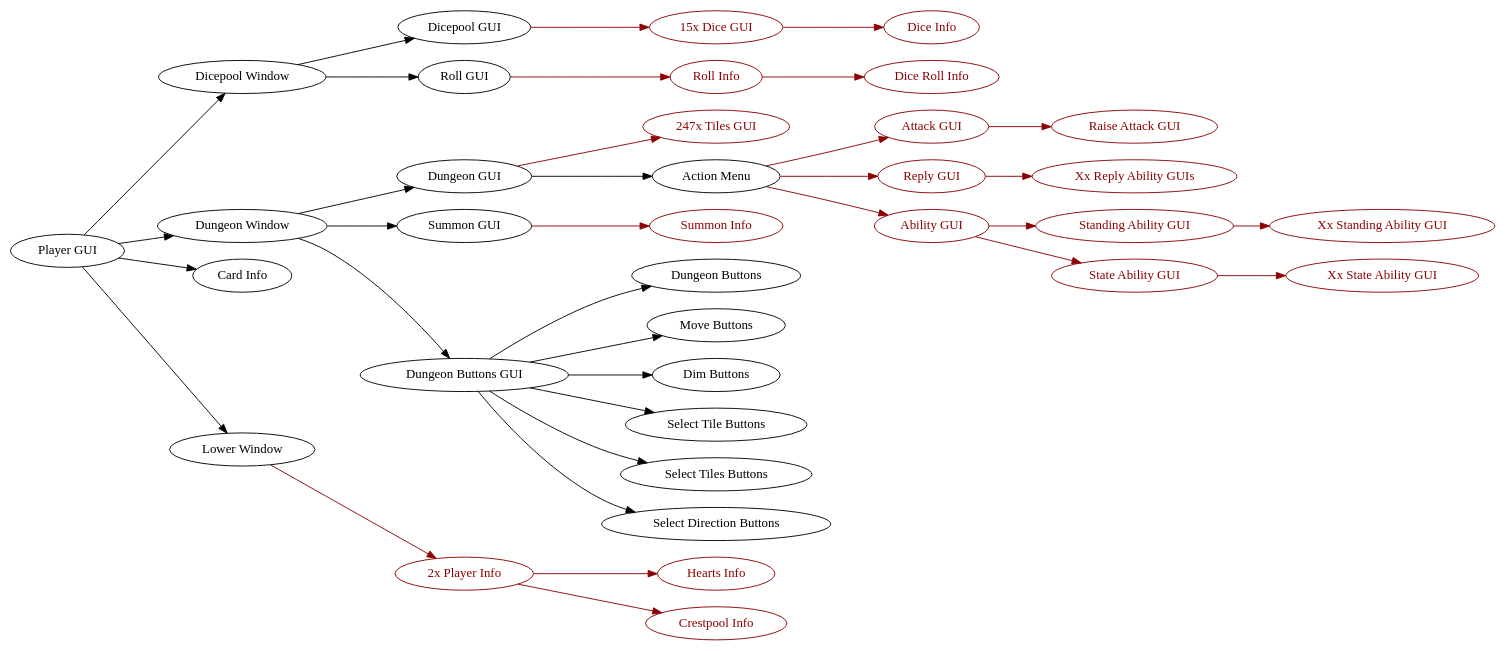
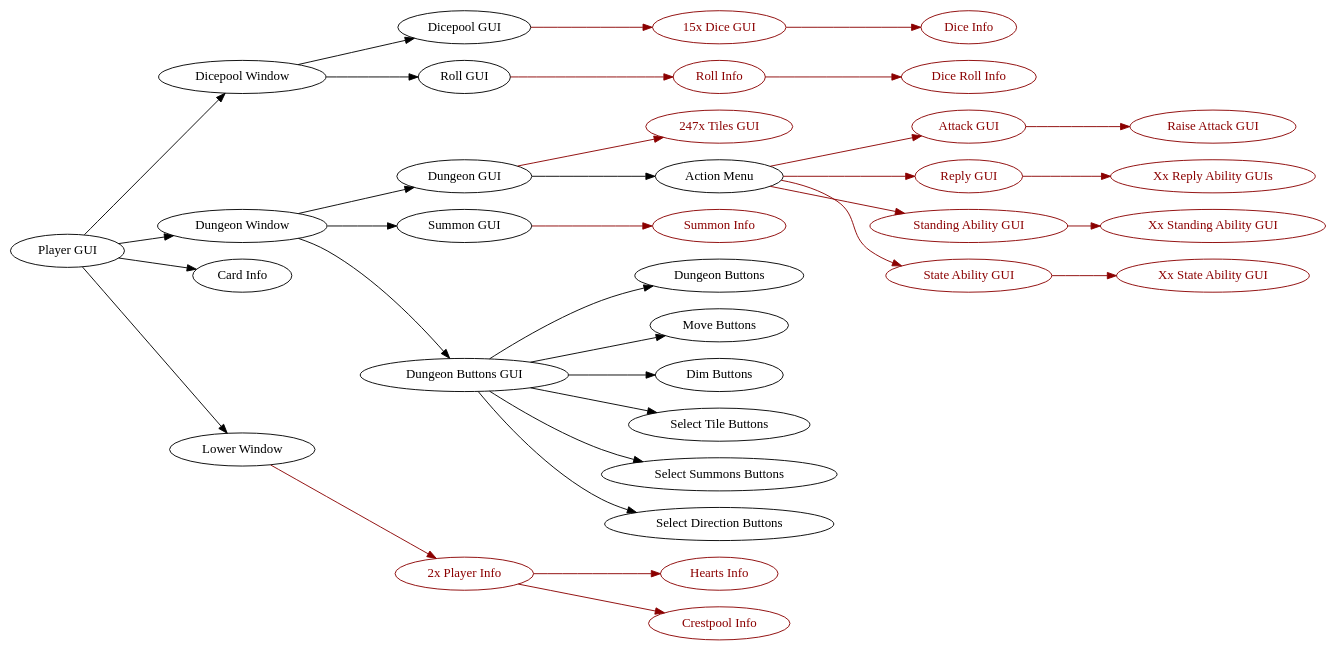
Before and after one commit to francocurotto/DDMre: the diagram in docs/diagrams/player_gui.dot, drawn with Graphviz. The commit also changed 8 other files, not shown here.

```diff
--- a/docs/diagrams/player_gui.dot
+++ b/docs/diagrams/player_gui.dot
@@ -1,23 +1,22 @@
 digraph player_gui {
     rankdir=LR
     "Player GUI" -> {"Dicepool Window", "Dungeon Window", "Card Info", "Lower Window"}
     "Dicepool Window" -> {"Dicepool GUI", "Roll GUI"}
     "Dicepool GUI" -> {"15x Dice GUI"[color=darkred, fontcolor=darkred]} [color=darkred]
     "15x Dice GUI" -> {"Dice Info"[color=darkred, fontcolor=darkred]} [color=darkred]
     "Roll GUI" -> {"Roll Info"[color=darkred, fontcolor=darkred]} [color=darkred]
     "Roll Info" -> {"Dice Roll Info"[color=darkred, fontcolor=darkred]} [color=darkred]
     "Dungeon Window" -> {"Dungeon GUI", "Summon GUI", "Dungeon Buttons GUI"}
     "Dungeon GUI" -> {"247x Tiles GUI" [color=darkred, fontcolor=darkred]} [color=darkred]
     "Dungeon GUI" -> "Action Menu"
-    "Action Menu" -> {"Attack GUI", "Reply GUI", "Ability GUI" [color=darkred, fontcolor=darkred]} [color=darkred]
+    "Action Menu" -> {"Attack GUI", "Reply GUI", "Standing Ability GUI", "State Ability GUI" [color=darkred, fontcolor=darkred]} [color=darkred]
     "Attack GUI" -> {"Raise Attack GUI"[color=darkred, fontcolor=darkred]} [color=darkred]
     "Reply GUI" -> {"Xx Reply Ability GUIs"[color=darkred, fontcolor=darkred]} [color=darkred]
-    "Ability GUI" -> {"Standing Ability GUI", "State Ability GUI"[color=darkred, fontcolor=darkred]} [color=darkred]
     "Standing Ability GUI" -> {"Xx Standing Ability GUI" [color=darkred, fontcolor=darkred]} [color=darkred]
     "State Ability GUI" -> {"Xx State Ability GUI" [color=darkred, fontcolor=darkred]} [color=darkred]
     "Summon GUI" -> {"Summon Info"[color=darkred, fontcolor=darkred]} [color=darkred]
-    "Dungeon Buttons GUI" -> {"Dungeon Buttons", "Move Buttons", "Dim Buttons", "Select Tile Buttons", "Select Tiles Buttons", "Select Direction Buttons"}
+    "Dungeon Buttons GUI" -> {"Dungeon Buttons", "Move Buttons", "Dim Buttons", "Select Tile Buttons", "Select Summons Buttons", "Select Direction Buttons"}
     "Lower Window" -> {"2x Player Info"[color=darkred, fontcolor=darkred]} [color=darkred]
     "2x Player Info" -> {"Hearts Info"[color=darkred, fontcolor=darkred]} [color=darkred] 
     "2x Player Info" -> {"Crestpool Info"[color=darkred, fontcolor=darkred]} [color=darkred]
 }
```
